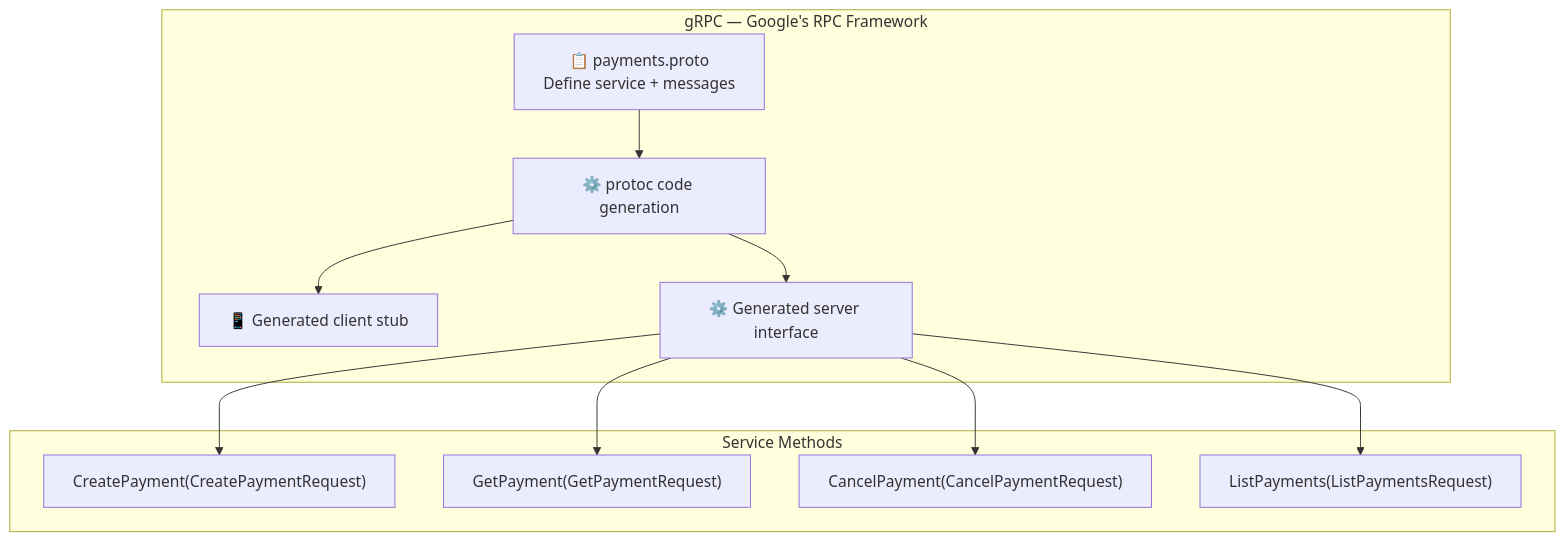
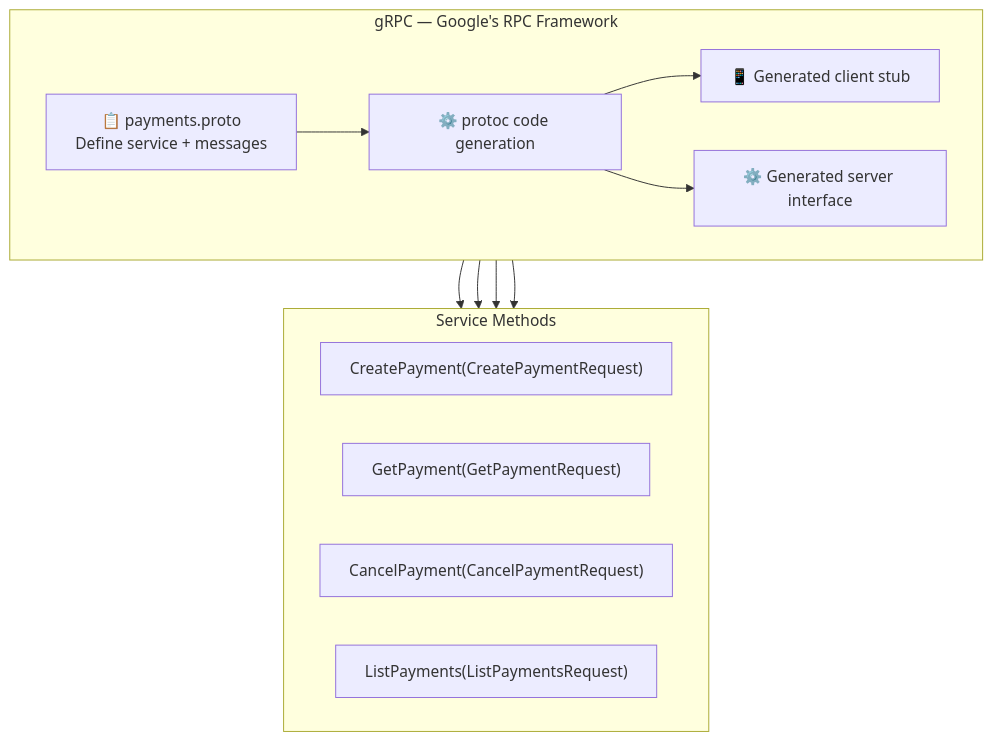
The third of 7 diagrams in internal/fundamentals/api-fundamentals/01-rest-vs-rpc.md (romangurevitch/GoTraining), drawn with Mermaid before and after one commit. The commit also changed other lines of this file and 20 other files, not shown here.

````diff
--- a/internal/fundamentals/api-fundamentals/01-rest-vs-rpc.md
+++ b/internal/fundamentals/api-fundamentals/01-rest-vs-rpc.md
@@ -62,23 +62,27 @@
 ```mermaid
-graph TB
+graph TD
     subgraph GRPC["gRPC — Google's RPC Framework"]
+        direction LR
         PROTO["📋 payments.proto<br/>Define service + messages"]
         GEN["⚙️ protoc code generation"]
         CLIENT["📱 Generated client stub"]
         SERVER["⚙️ Generated server interface"]
         PROTO --> GEN --> CLIENT
         GEN --> SERVER
     end
 
+    GRPC ~~~ Methods
+
     subgraph Methods["Service Methods"]
+        direction LR
         M1["CreatePayment(CreatePaymentRequest)"]
         M2["GetPayment(GetPaymentRequest)"]
         M3["CancelPayment(CancelPaymentRequest)"]
         M4["ListPayments(ListPaymentsRequest)"]
     end
 
     SERVER --> M1
     SERVER --> M2
     SERVER --> M3
     SERVER --> M4
 ```
````
